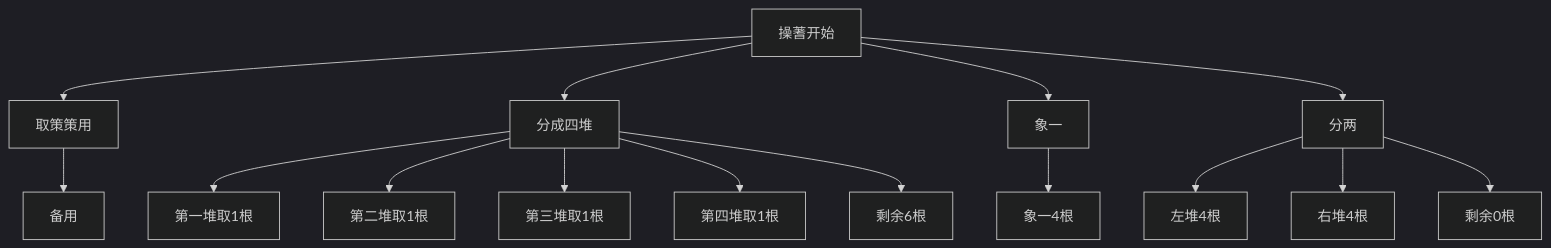
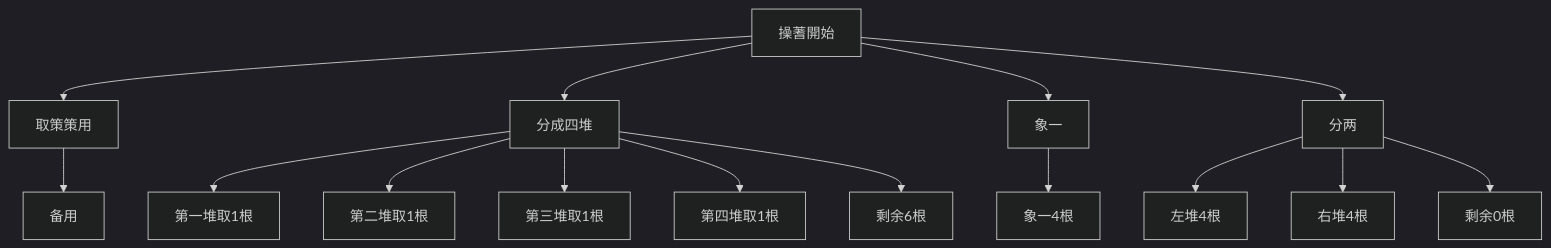
Before and after one commit to kmjade/knowledge-value: the fifth of 5 diagrams in 3 Resources/04-Interests/易学/03-占卜方法/蓍草占卜法.md, drawn with Mermaid (dark theme). The commit also changed other lines of this file and 653 other files, not shown here.

````diff
--- a/3 Resources/04-Interests/易学/03-占卜方法/蓍草占卜法.md
+++ b/3 Resources/04-Interests/易学/03-占卜方法/蓍草占卜法.md
@@ -195,20 +195,20 @@
 ```mermaid
 graph TB
-    A[操蓍开始] --> B[取策策用]
+    A[操蓍開始] --> B[取策策用]
     A --> C[分成四堆]
     A --> D[象一]
     A --> E[分两]
     
     B --> F[备用]
     C --> G[第一堆取1根]
     C --> H[第二堆取1根]
     C --> I[第三堆取1根]
     C --> J[第四堆取1根]
     C --> K[剩余6根]
     
     D --> L[象一4根]
     
     E --> M[左堆4根]
     E --> N[右堆4根]
     E --> O[剩余0根]
 ```
````
